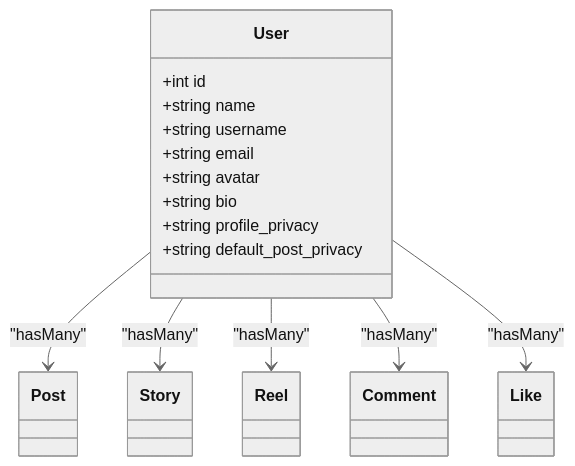
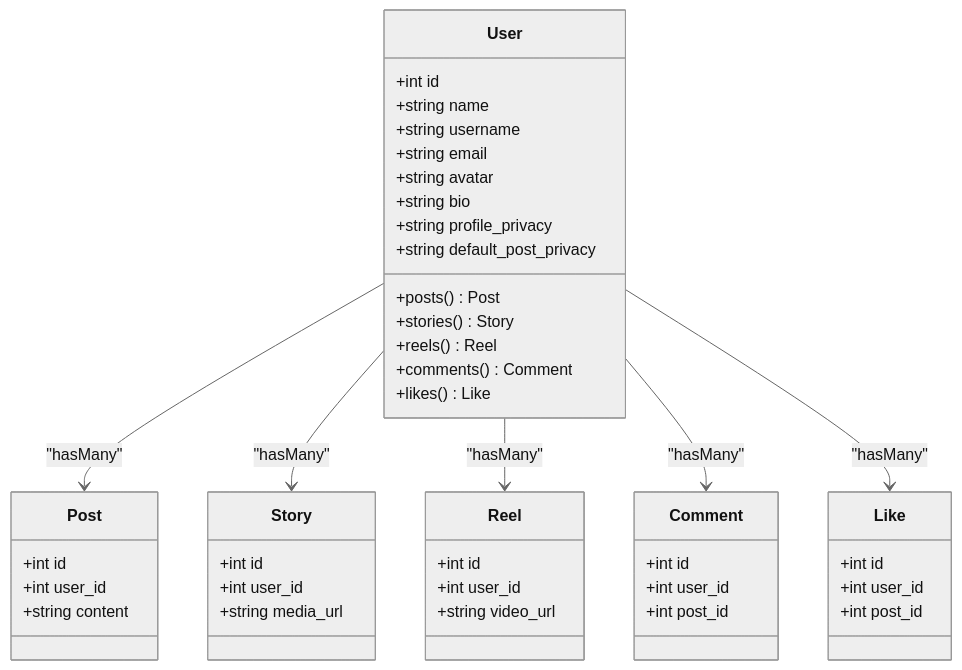
Before and after one commit to VenokM05/Travel_Project: diagram 11 of 16 in .qoder/repowiki/en/content/Social Features.md, drawn with Mermaid (neutral theme). The commit also changed other lines of this file and 12 other files, not shown here.

````diff
--- a/.qoder/repowiki/en/content/Social Features.md
+++ b/.qoder/repowiki/en/content/Social Features.md
@@ -390,23 +586,48 @@
 ```mermaid
 classDiagram
 class User {
 +int id
 +string name
 +string username
 +string email
 +string avatar
 +string bio
 +string profile_privacy
 +string default_post_privacy
++posts() Post
++stories() Story
++reels() Reel
++comments() Comment
++likes() Like
 }
-class Post
-class Story
-class Reel
-class Comment
-class Like
+class Post {
++int id
++int user_id
++string content
+}
+class Story {
++int id
++int user_id
++string media_url
+}
+class Reel {
++int id
++int user_id
++string video_url
+}
+class Comment {
++int id
++int user_id
++int post_id
+}
+class Like {
++int id
++int user_id
++int post_id
+}
 User --> Post : "hasMany"
 User --> Story : "hasMany"
 User --> Reel : "hasMany"
 User --> Comment : "hasMany"
 User --> Like : "hasMany"
 ```
````
